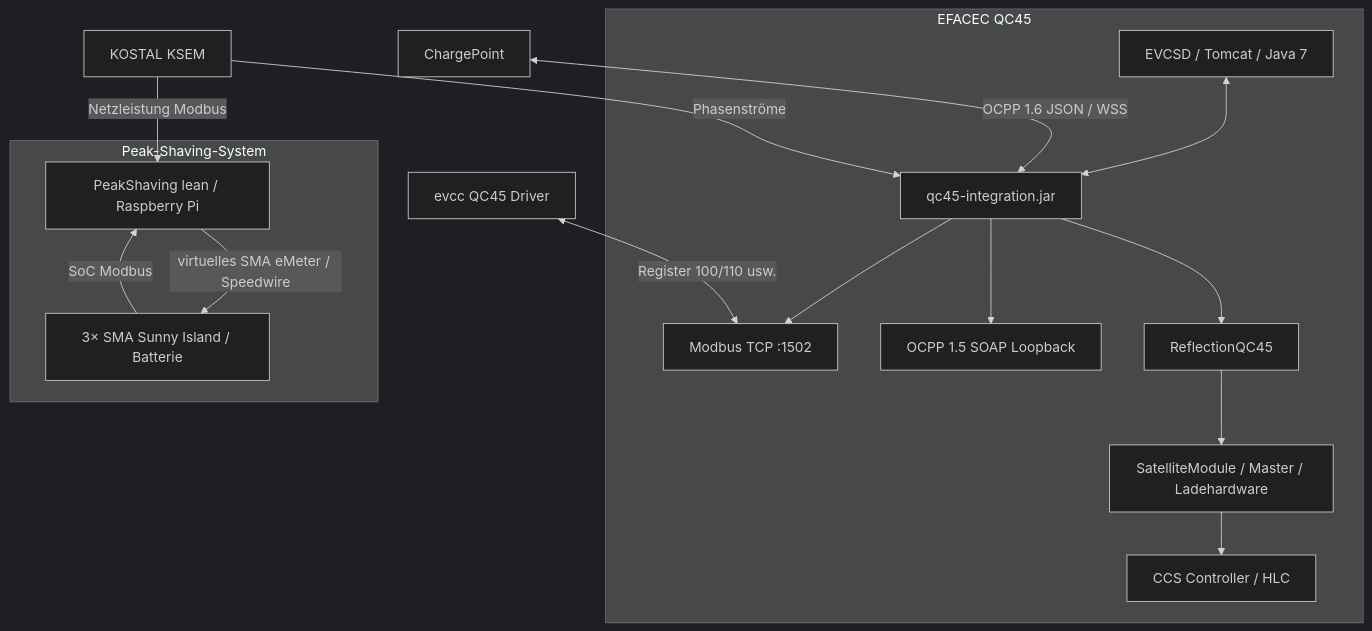
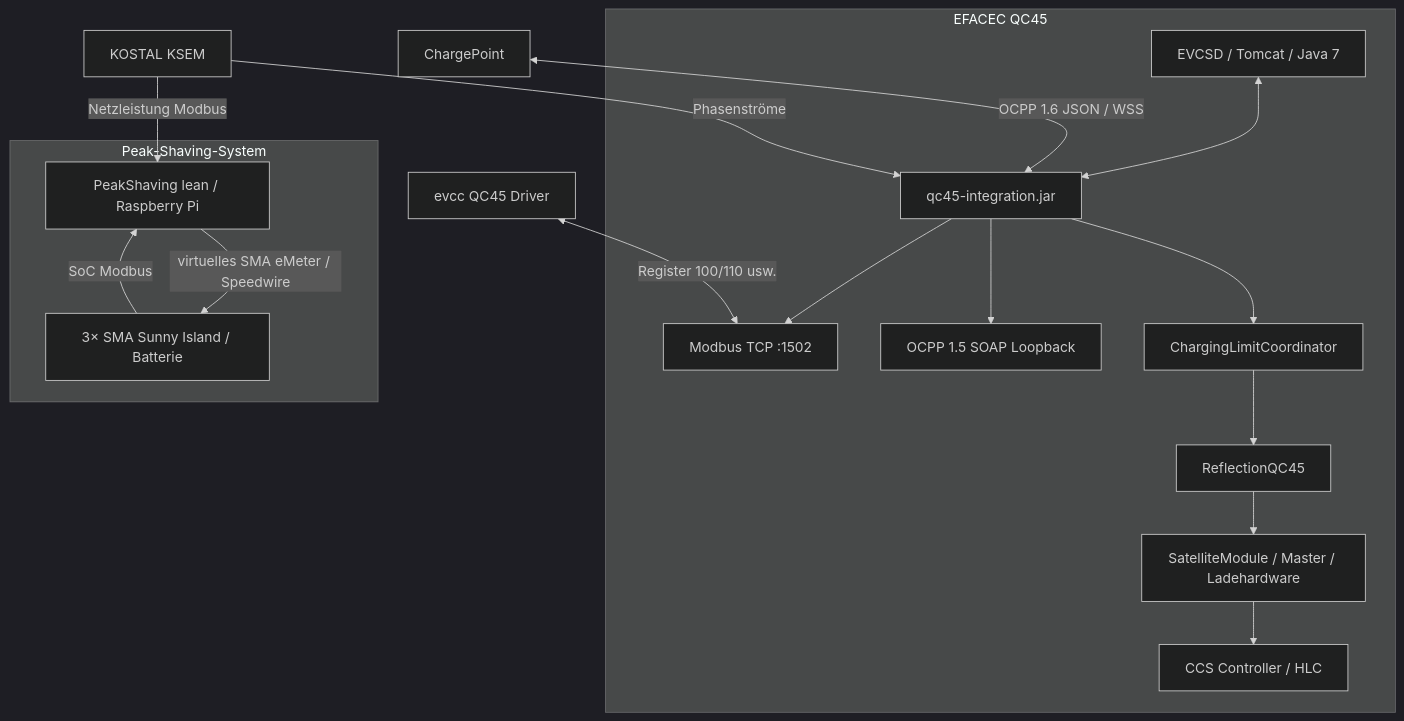
One commit to BugUser0815/QC45 changed the first of 2 diagrams in wiki/Systemarchitektur.md. Above: the diagram before and after it, drawn with Mermaid (dark theme). The commit also changed other lines of this file and 40 other files, not shown here.

````diff
--- a/wiki/Systemarchitektur.md
+++ b/wiki/Systemarchitektur.md
@@ -7,28 +7,29 @@
 ```mermaid
 flowchart TB
   subgraph QC45[EFACEC QC45]
     EVCSD[EVCSD / Tomcat / Java 7]
     JAR[qc45-integration.jar]
     MOD[Modbus TCP :1502]
     O15[OCPP 1.5 SOAP Loopback]
+    LIM[ChargingLimitCoordinator]
     REF[ReflectionQC45]
     HW[SatelliteModule / Master / Ladehardware]
     CCS[CCS Controller / HLC]
     EVCSD <--> JAR
     JAR --> MOD
     JAR --> O15
-    JAR --> REF --> HW --> CCS
+    JAR --> LIM --> REF --> HW --> CCS
   end
 
   EVCC[evcc QC45 Driver] <-->|Register 100/110 usw.| MOD
   CP[ChargePoint] <-->|OCPP 1.6 JSON / WSS| JAR
   KSEM[KOSTAL KSEM] -->|Phasenströme| JAR
 
   subgraph Buffer[Peak-Shaving-System]
     PS[PeakShaving lean / Raspberry Pi]
     SI[3× SMA Sunny Island / Batterie]
     PS -->|virtuelles SMA eMeter / Speedwire| SI
     SI -->|SoC Modbus| PS
   end
   KSEM -->|Netzleistung Modbus| PS
 ```
````
